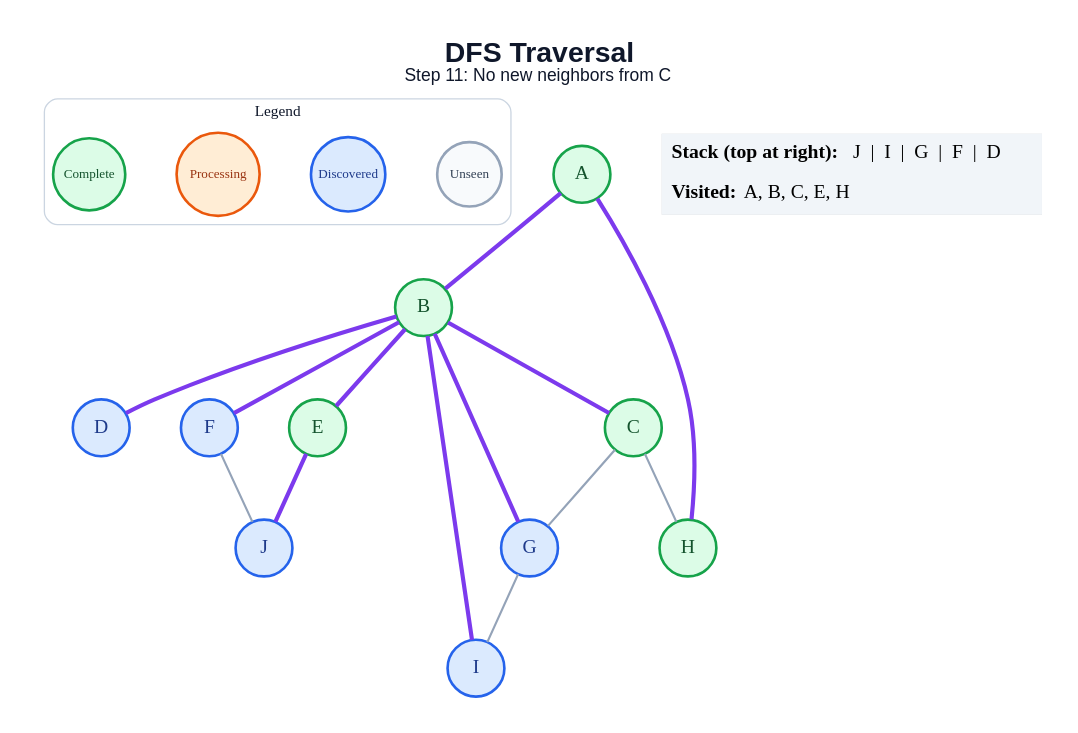
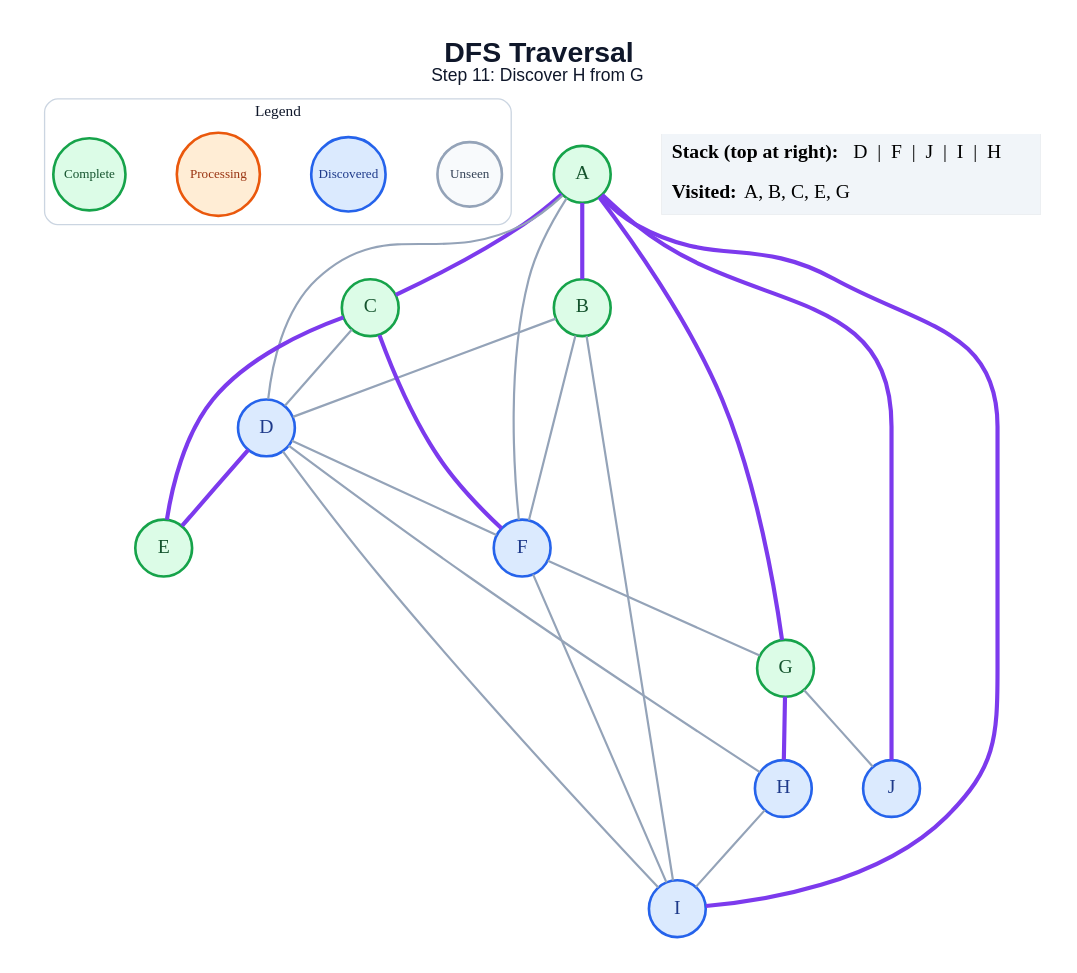
One commit to amanghodawala9/ai-slop changed the diagram in generated/specific-node/dfs/step_11.dot. Above: the diagram before and after it, drawn with Graphviz. The commit also changed 178 other files, not shown here.

```diff
--- a/generated/specific-node/dfs/step_11.dot
+++ b/generated/specific-node/dfs/step_11.dot
@@ -1,42 +1,51 @@
 graph traversal {
   graph [layout=dot, rankdir=TB, bgcolor="#FFFFFF", pad="0.35", nodesep="0.65", ranksep="0.8", fontname="Arial"];
   node [shape=circle, style="filled", fontname="Arial Bold", fontsize=18, width=0.72, fixedsize=true, penwidth=2.4];
   edge [color="#94A3B8", penwidth=2.0];
-  label=<<B>DFS Traversal</B><BR/><FONT POINT-SIZE="16">Step 11: No new neighbors from C</FONT>>; labelloc="t"; fontsize=26; fontname="Arial"; fontcolor="#0F172A";
+  label=<<B>DFS Traversal</B><BR/><FONT POINT-SIZE="16">Step 11: Discover H from G</FONT>>; labelloc="t"; fontsize=26; fontname="Arial"; fontcolor="#0F172A";
   subgraph cluster_legend { label="Legend"; color="#CBD5E1"; penwidth=1.2; style="rounded"; fontsize=14; fontname="Arial Bold";
     key_unseen [label="Unseen", fillcolor="#F8FAFC", color="#94A3B8", fontcolor="#334155", fontsize=12, width=0.82];
     key_frontier [label="Discovered", fillcolor="#DBEAFE", color="#2563EB", fontcolor="#1E3A8A", fontsize=12, width=0.95];
     key_current [label="Processing", fillcolor="#FFEDD5", color="#EA580C", fontcolor="#9A3412", fontsize=12, width=1.05];
     key_done [label="Complete", fillcolor="#DCFCE7", color="#16A34A", fontcolor="#14532D", fontsize=12, width=0.92];
     { rank=same; key_unseen; key_frontier; key_current; key_done; }
   }
   A [fillcolor="#DCFCE7", color="#16A34A", fontcolor="#14532D"];
   B [fillcolor="#DCFCE7", color="#16A34A", fontcolor="#14532D"];
   C [fillcolor="#DCFCE7", color="#16A34A", fontcolor="#14532D"];
   D [fillcolor="#DBEAFE", color="#2563EB", fontcolor="#1E3A8A"];
   E [fillcolor="#DCFCE7", color="#16A34A", fontcolor="#14532D"];
   F [fillcolor="#DBEAFE", color="#2563EB", fontcolor="#1E3A8A"];
-  G [fillcolor="#DBEAFE", color="#2563EB", fontcolor="#1E3A8A"];
-  H [fillcolor="#DCFCE7", color="#16A34A", fontcolor="#14532D"];
+  G [fillcolor="#DCFCE7", color="#16A34A", fontcolor="#14532D"];
+  H [fillcolor="#DBEAFE", color="#2563EB", fontcolor="#1E3A8A"];
   I [fillcolor="#DBEAFE", color="#2563EB", fontcolor="#1E3A8A"];
   J [fillcolor="#DBEAFE", color="#2563EB", fontcolor="#1E3A8A"];
   A -- B [color="#7C3AED", penwidth=3.8];
-  A -- H [color="#7C3AED", penwidth=3.8];
-  B -- C [color="#7C3AED", penwidth=3.8];
-  B -- D [color="#7C3AED", penwidth=3.8];
-  B -- E [color="#7C3AED", penwidth=3.8];
-  B -- F [color="#7C3AED", penwidth=3.8];
-  B -- G [color="#7C3AED", penwidth=3.8];
-  B -- I [color="#7C3AED", penwidth=3.8];
-  C -- G;
-  C -- H;
-  E -- J [color="#7C3AED", penwidth=3.8];
-  F -- J;
-  G -- I;
+  A -- C [color="#7C3AED", penwidth=3.8];
+  A -- D;
+  A -- F;
+  A -- G [color="#7C3AED", penwidth=3.8];
+  A -- I [color="#7C3AED", penwidth=3.8];
+  A -- J [color="#7C3AED", penwidth=3.8];
+  B -- D;
+  B -- F;
+  B -- I;
+  C -- D;
+  C -- E [color="#7C3AED", penwidth=3.8];
+  C -- F [color="#7C3AED", penwidth=3.8];
+  D -- E [color="#7C3AED", penwidth=3.8];
+  D -- F;
+  D -- H;
+  D -- I;
+  F -- G;
+  F -- I;
+  G -- H [color="#7C3AED", penwidth=3.8];
+  G -- J;
+  H -- I;
   status [shape=plain, fixedsize=false, width=0, height=0, margin=0, label=<
     <TABLE BORDER="0" CELLBORDER="0" CELLPADDING="7" BGCOLOR="#F1F5F9">
-      <TR><TD ALIGN="LEFT"><B>Stack (top at right):</B> J  |  I  |  G  |  F  |  D</TD></TR>
-      <TR><TD ALIGN="LEFT"><B>Visited:</B> A, B, C, E, H</TD></TR>
+      <TR><TD ALIGN="LEFT"><B>Stack (top at right):</B> D  |  F  |  J  |  I  |  H</TD></TR>
+      <TR><TD ALIGN="LEFT"><B>Visited:</B> A, B, C, E, G</TD></TR>
     </TABLE>
   >];
 }
```
